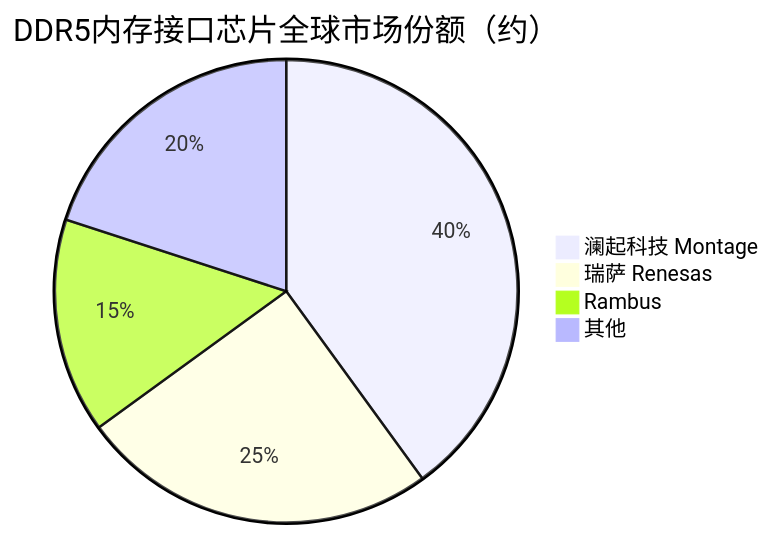
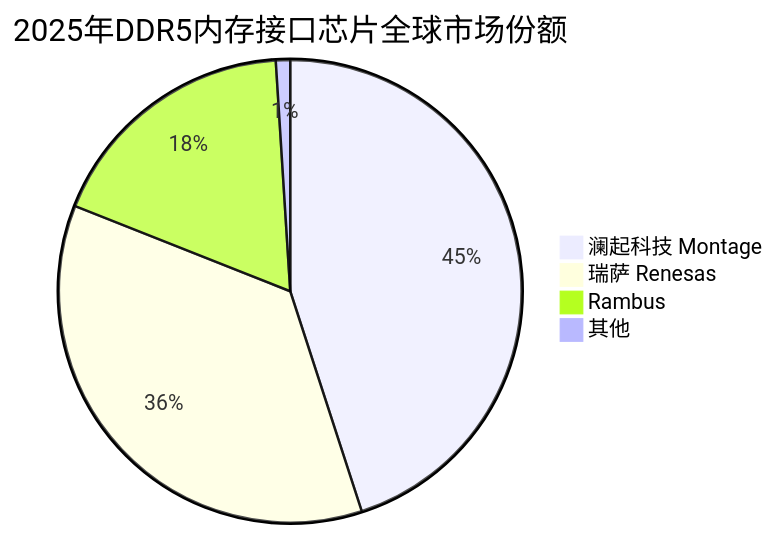
The third of 3 diagrams in 存储产业链/细分配套/存储接口与协议.md (blueprint1453/industry-insight), drawn with Mermaid before and after one commit. The commit also changed other lines of this file and 78 other files, not shown here.

````diff
--- a/存储产业链/细分配套/存储接口与协议.md
+++ b/存储产业链/细分配套/存储接口与协议.md
@@ -127,7 +127,7 @@
 ```mermaid
-pie title DDR5内存接口芯片全球市场份额（约）
-    "澜起科技 Montage" : 40
-    "瑞萨 Renesas" : 25
-    "Rambus" : 15
-    "其他" : 20
+pie title 2025年DDR5内存接口芯片全球市场份额
+    "澜起科技 Montage" : 45
+    "瑞萨 Renesas" : 36
+    "Rambus" : 18
+    "其他" : 1
 ```
````
